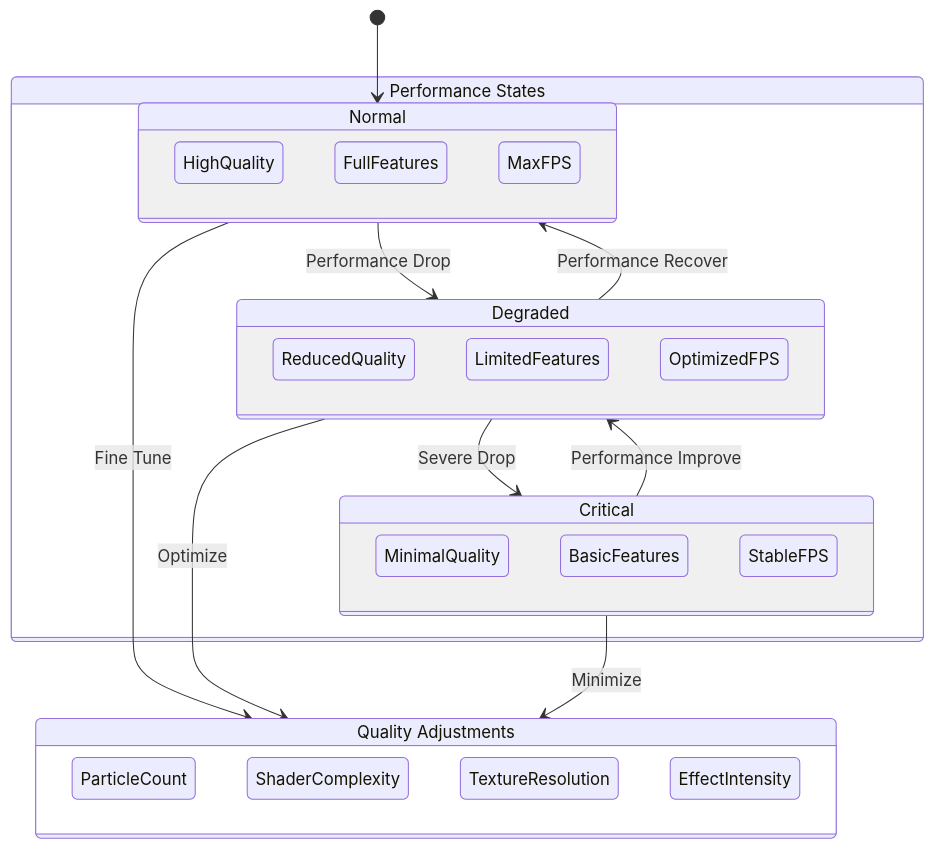
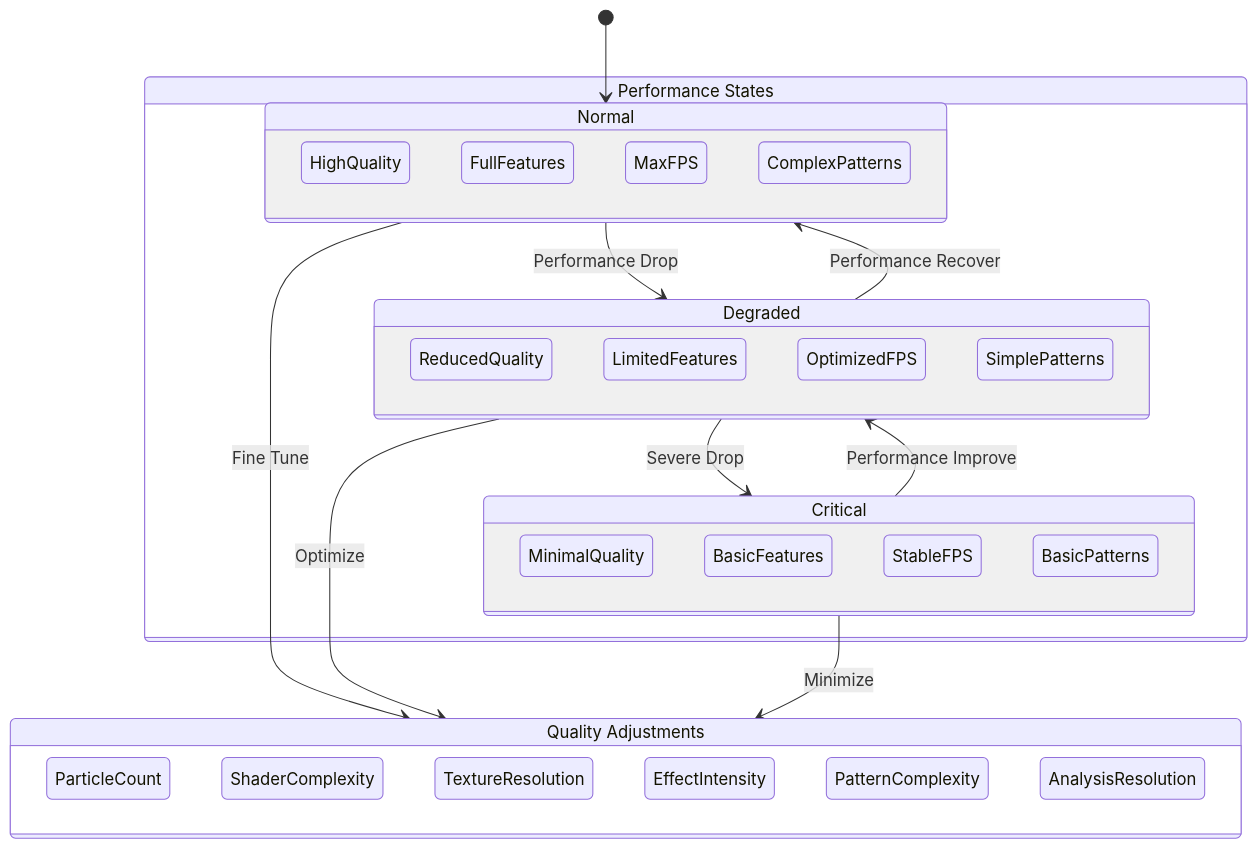
Before and after one commit to mgantlett/audio-viz: the third of 4 diagrams in diagrams/performance-flow.md, drawn with Mermaid. The commit also changed other lines of this file and 9 other files, not shown here.

````diff
--- a/diagrams/performance-flow.md
+++ b/diagrams/performance-flow.md
@@ -113,40 +148,45 @@
 ```mermaid
 stateDiagram-v2
     [*] --> Normal
 
     state "Performance States" as PS {
         state Normal {
             HighQuality
             FullFeatures
             MaxFPS
+            ComplexPatterns
         }
 
         state Degraded {
             ReducedQuality
             LimitedFeatures
             OptimizedFPS
+            SimplePatterns
         }
 
         state Critical {
             MinimalQuality
             BasicFeatures
             StableFPS
+            BasicPatterns
         }
     }
 
     state "Quality Adjustments" as QA {
         ParticleCount
         ShaderComplexity
         TextureResolution
         EffectIntensity
+        PatternComplexity
+        AnalysisResolution
     }
 
     Normal --> Degraded: Performance Drop
     Degraded --> Critical: Severe Drop
     Critical --> Degraded: Performance Improve
     Degraded --> Normal: Performance Recover
 
     Normal --> QA: Fine Tune
     Degraded --> QA: Optimize
     Critical --> QA: Minimize
 ```
````
